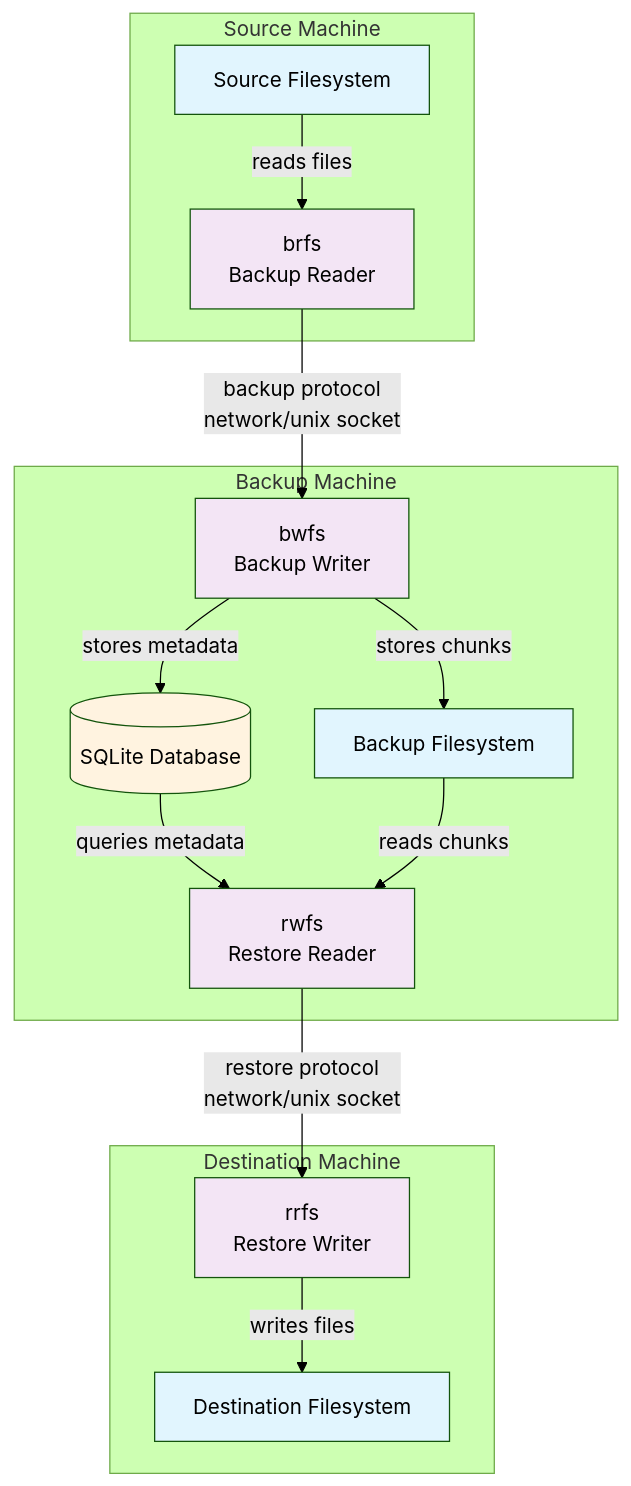
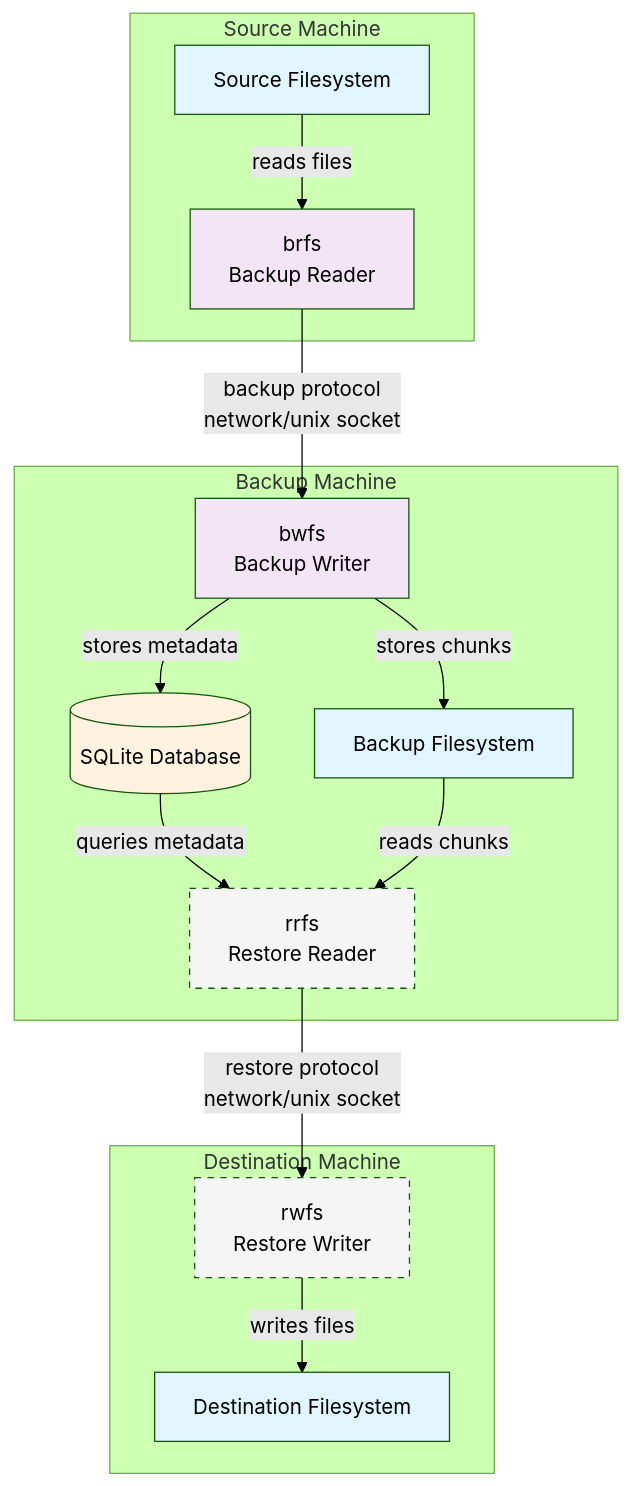
The diagram in docs/ARCHITECTURE.md (alex-sviridov/miniprotector), drawn with Mermaid (forest theme) before and after one commit. The commit also changed other lines of this file, not shown here.

Commit message:
docs: update bwfs documentation with server and list subcommands

````diff
--- a/docs/ARCHITECTURE.md
+++ b/docs/ARCHITECTURE.md
@@ -22,40 +29,41 @@
 ```mermaid
 graph TB
     subgraph "Source Machine"
         SrcFS[Source Filesystem]
         brfs[brfs<br/>Backup Reader]
     end
-    
+
     subgraph "Backup Machine"
         bwfs[bwfs<br/>Backup Writer]
-        rwfs[rwfs<br/>Restore Reader]
+        rrfs[rrfs<br/>Restore Reader]
         BackupFS[Backup Filesystem]
         DB[(SQLite Database)]
     end
-    
+
     subgraph "Destination Machine"
-        rrfs[rrfs<br/>Restore Writer]
+        rwfs[rwfs<br/>Restore Writer]
         DstFS[Destination Filesystem]
     end
-    
-    %% Backup Flow 
+
+    %% Backup Flow
     SrcFS -->|reads files| brfs
     brfs -->|backup protocol<br/>network/unix socket| bwfs
     bwfs -->|stores chunks| BackupFS
     bwfs -->|stores metadata| DB
-    
-    %% Restore Flow
-    DB -->|queries metadata| rwfs
-    BackupFS -->|reads chunks| rwfs
-    rwfs -->|restore protocol<br/>network/unix socket| rrfs
-    rrfs -->|writes files| DstFS
-    
-    %% Styling
+
+    %% Restore Flow (planned)
+    DB -->|queries metadata| rrfs
+    BackupFS -->|reads chunks| rrfs
+    rrfs -->|restore protocol<br/>network/unix socket| rwfs
+    rwfs -->|writes files| DstFS
+
     classDef filesystem fill:#e1f5fe
     classDef component fill:#f3e5f5
+    classDef planned fill:#f5f5f5,stroke-dasharray:5
     classDef database fill:#fff3e0
-    
+
     class SrcFS,BackupFS,DstFS filesystem
-    class brfs,bwfs,rrfs,rwfs component
+    class brfs,bwfs component
+    class rrfs,rwfs planned
     class DB database
 ```
````
